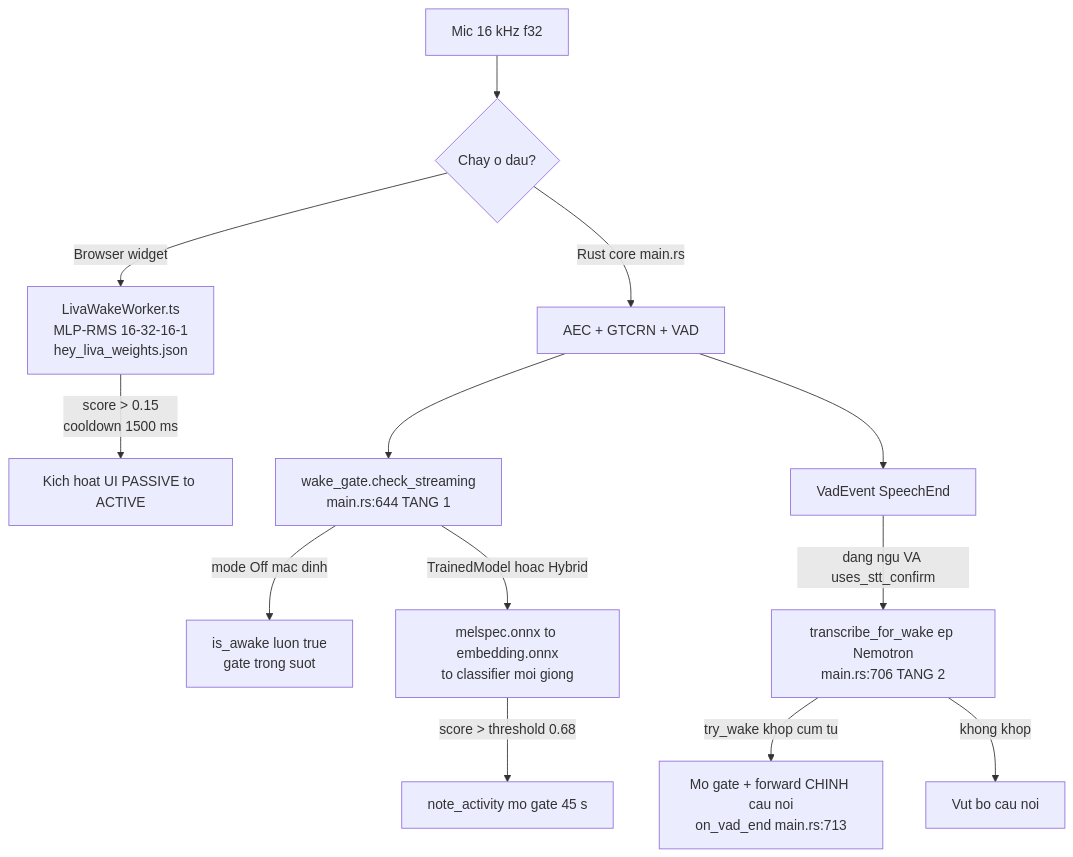
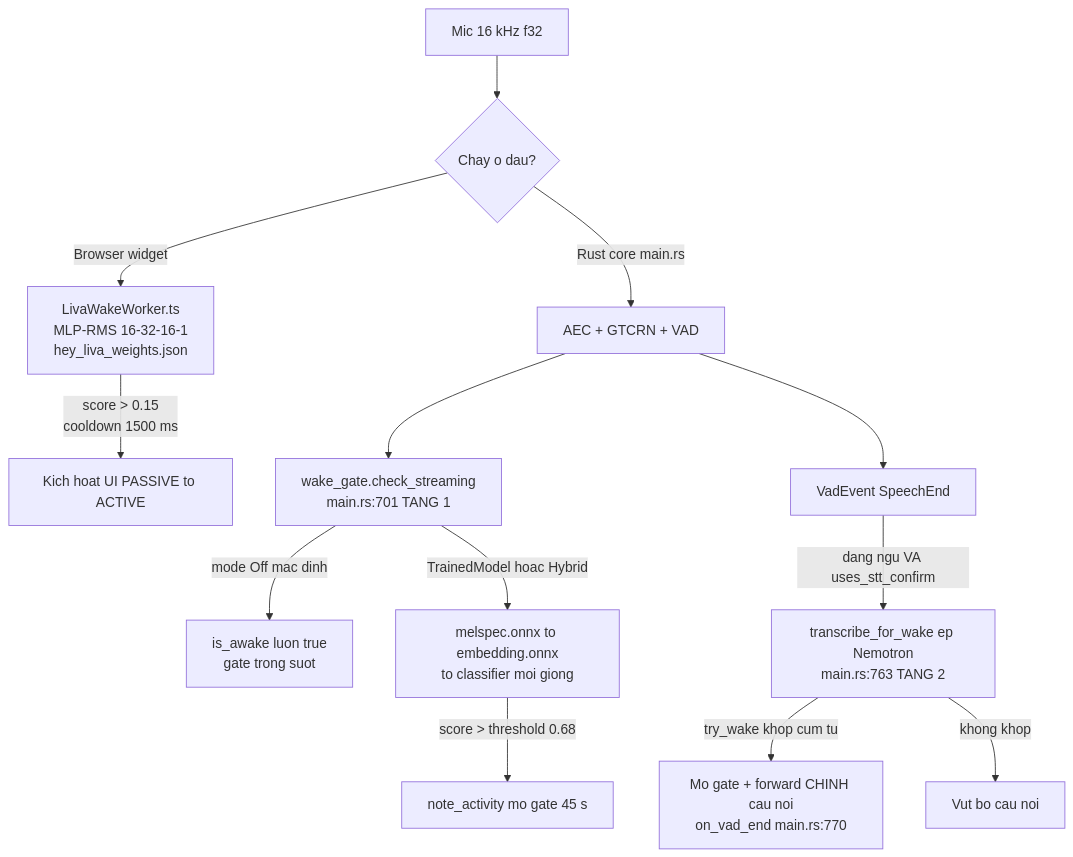
The third of 3 diagrams in docs/01-ban-ve/03-duong-ong-thoai.md (DuongNAD/LIVA), drawn with Mermaid before and after one commit. The commit also changed other lines of this file and 11 other files, not shown here.

````diff
--- a/docs/01-ban-ve/03-duong-ong-thoai.md
+++ b/docs/01-ban-ve/03-duong-ong-thoai.md
@@ -486,15 +518,15 @@
 ```mermaid
 flowchart TD
     A[Mic 16 kHz f32] --> B{Chay o dau?}
     B -->|Browser widget| C[LivaWakeWorker.ts<br/>MLP-RMS 16-32-16-1<br/>hey_liva_weights.json]
     C -->|score > 0.15<br/>cooldown 1500 ms| D[Kich hoat UI PASSIVE to ACTIVE]
     B -->|Rust core main.rs| E[AEC + GTCRN + VAD]
-    E --> F[wake_gate.check_streaming<br/>main.rs:644 TANG 1]
+    E --> F[wake_gate.check_streaming<br/>main.rs:701 TANG 1]
     F -->|mode Off mac dinh| G[is_awake luon true<br/>gate trong suot]
     F -->|TrainedModel hoac Hybrid| H[melspec.onnx to embedding.onnx<br/>to classifier moi giong]
     H -->|score > threshold 0.68| I[note_activity mo gate 45 s]
     E --> J[VadEvent SpeechEnd]
-    J -->|dang ngu VA uses_stt_confirm| K[transcribe_for_wake ep Nemotron<br/>main.rs:706 TANG 2]
-    K -->|try_wake khop cum tu| L[Mo gate + forward CHINH cau noi<br/>on_vad_end main.rs:713]
+    J -->|dang ngu VA uses_stt_confirm| K[transcribe_for_wake ep Nemotron<br/>main.rs:763 TANG 2]
+    K -->|try_wake khop cum tu| L[Mo gate + forward CHINH cau noi<br/>on_vad_end main.rs:770]
     K -->|khong khop| M[Vut bo cau noi]
 ```
````
